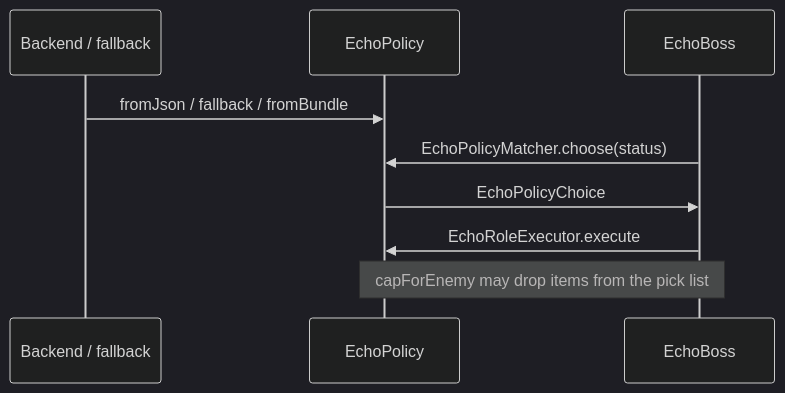
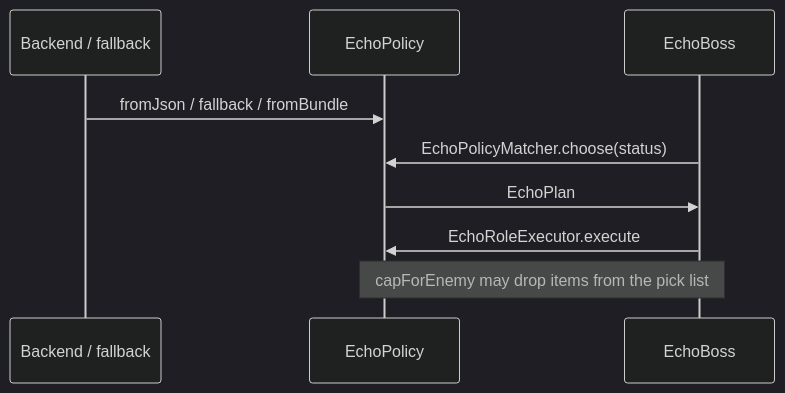
Before and after one commit to i-am-the-dungeon-boss/iatdb: the first of 2 diagrams in core/src/main/java/com/shatteredpixel/shatteredpixeldungeon/heroechoes/policy/docs/EchoPolicy.md, drawn with Mermaid (dark theme). The commit also changed other lines of this file and 68 other files, not shown here.

````diff
--- a/core/src/main/java/com/shatteredpixel/shatteredpixeldungeon/heroechoes/policy/docs/EchoPolicy.md
+++ b/core/src/main/java/com/shatteredpixel/shatteredpixeldungeon/heroechoes/policy/docs/EchoPolicy.md
@@ -15,11 +15,11 @@
 ```mermaid
 sequenceDiagram
   participant Src as Backend / fallback
   participant P as EchoPolicy
   participant Boss as EchoBoss
   Src->>P: fromJson / fallback / fromBundle
   Boss->>P: EchoPolicyMatcher.choose(status)
-  P->>Boss: EchoPolicyChoice
+  P->>Boss: EchoPlan
   Boss->>P: EchoRoleExecutor.execute
   Note over P,Boss: capForEnemy may drop items from the pick list
 ```
````
